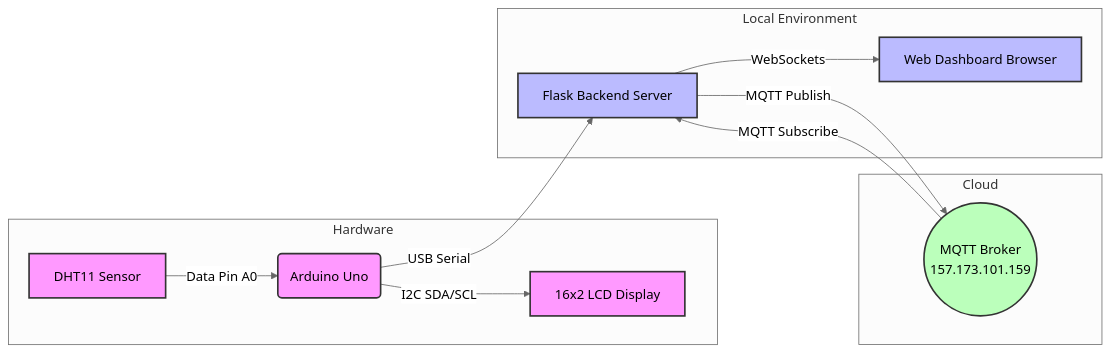
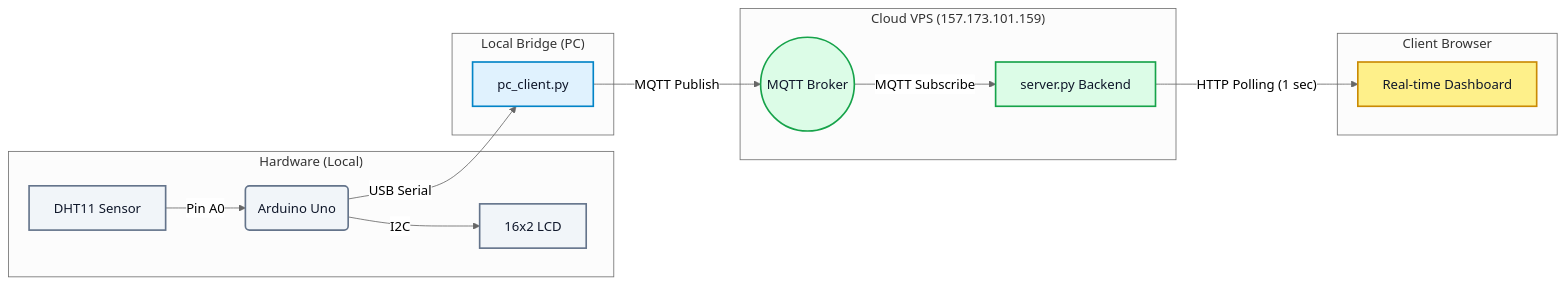
The diagram in README.md (Twarimitswe-Aaron/DHT11_EXAM), drawn with Mermaid (neutral theme) before and after one commit. The commit also changed other lines of this file, not shown here.

Commit message:
docs: overhaul README architecture diagrams and setup instructions for cloud-based IoT monitoring system

````diff
--- a/README.md
+++ b/README.md
@@ -7,25 +9,34 @@
 ```mermaid
 flowchart LR
-    subgraph Hardware
-        A[DHT11 Sensor] -- Data Pin A0 --> B(Arduino Uno)
-        B -- I2C SDA/SCL --> C[16x2 LCD Display]
+    %% Hardware Tier
+    subgraph Hardware ["Hardware (Local)"]
+        A[DHT11 Sensor] -- Pin A0 --> B(Arduino Uno)
+        B -- I2C --> C[16x2 LCD]
     end
     
-    subgraph Local Environment
-        B -- USB Serial --> D[Flask Backend Server]
-        D -- WebSockets --> G[Web Dashboard Browser]
+    %% Local PC Tier
+    subgraph LocalPC ["Local Bridge (PC)"]
+        B -- USB Serial --> D[pc_client.py]
     end
     
-    subgraph Cloud
-        D -- MQTT Publish --> E((MQTT Broker\n157.173.101.159))
-        E -- MQTT Subscribe --> D
+    %% Cloud Tier
+    subgraph Cloud ["Cloud VPS (157.173.101.159)"]
+        D -- MQTT Publish --> E((MQTT Broker))
+        E -- MQTT Subscribe --> F[server.py Backend]
     end
     
-    classDef hardware fill:#f9f,stroke:#333,stroke-width:2px;
-    classDef local fill:#bbf,stroke:#333,stroke-width:2px;
-    classDef cloud fill:#bfb,stroke:#333,stroke-width:2px;
+    %% Client Tier
+    subgraph Frontend ["Client Browser"]
+        F -- HTTP Polling (1 sec) --> G[Real-time Dashboard]
+    end
+    
+    classDef hardware fill:#f1f5f9,stroke:#64748b,stroke-width:2px,color:#0f172a;
+    classDef local fill:#e0f2fe,stroke:#0284c7,stroke-width:2px,color:#0f172a;
+    classDef cloud fill:#dcfce7,stroke:#16a34a,stroke-width:2px,color:#0f172a;
+    classDef client fill:#fef08a,stroke:#ca8a04,stroke-width:2px,color:#0f172a;
     
     class A,B,C hardware;
-    class D,G local;
-    class E cloud;
+    class D local;
+    class E,F cloud;
+    class G client;
 ```
````
